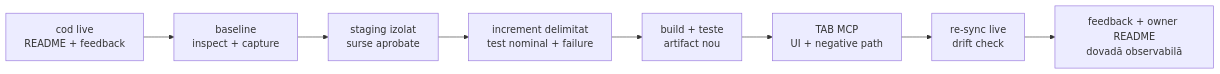
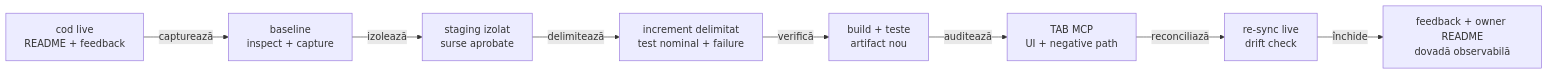
One commit to crististefanita/demo2 changed the third of 6 diagrams in docs/ATF_Build_And_Execution_Safety.md. Above: the diagram before and after it, drawn with Mermaid. The commit also changed other lines of this file and 52 other files, not shown here.

````diff
--- a/docs/ATF_Build_And_Execution_Safety.md
+++ b/docs/ATF_Build_And_Execution_Safety.md
@@ -68,10 +68,10 @@
 ```mermaid
 flowchart LR
-    Live["cod live<br/>README + feedback"] --> Baseline["baseline<br/>inspect + capture"]
-    Baseline --> Stage["staging izolat<br/>surse aprobate"]
-    Stage --> Change["increment delimitat<br/>test nominal + failure"]
-    Change --> Verify["build + teste<br/>artifact nou"]
-    Verify --> Audit["TAB MCP<br/>UI + negative path"]
-    Audit --> Reconcile["re-sync live<br/>drift check"]
-    Reconcile --> Close["feedback + owner README<br/>dovadă observabilă"]
+    Live["cod live<br/>README + feedback"] -->|capturează| Baseline["baseline<br/>inspect + capture"]
+    Baseline -->|izolează| Stage["staging izolat<br/>surse aprobate"]
+    Stage -->|delimitează| Change["increment delimitat<br/>test nominal + failure"]
+    Change -->|verifică| Verify["build + teste<br/>artifact nou"]
+    Verify -->|auditează| Audit["TAB MCP<br/>UI + negative path"]
+    Audit -->|reconciliază| Reconcile["re-sync live<br/>drift check"]
+    Reconcile -->|închide| Close["feedback + owner README<br/>dovadă observabilă"]
 ```
````
